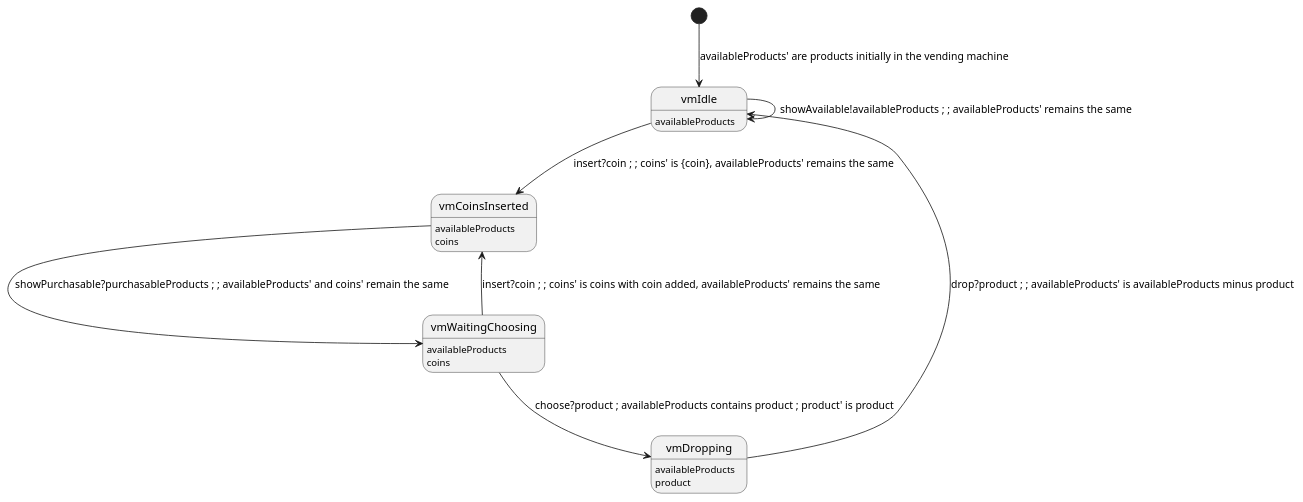
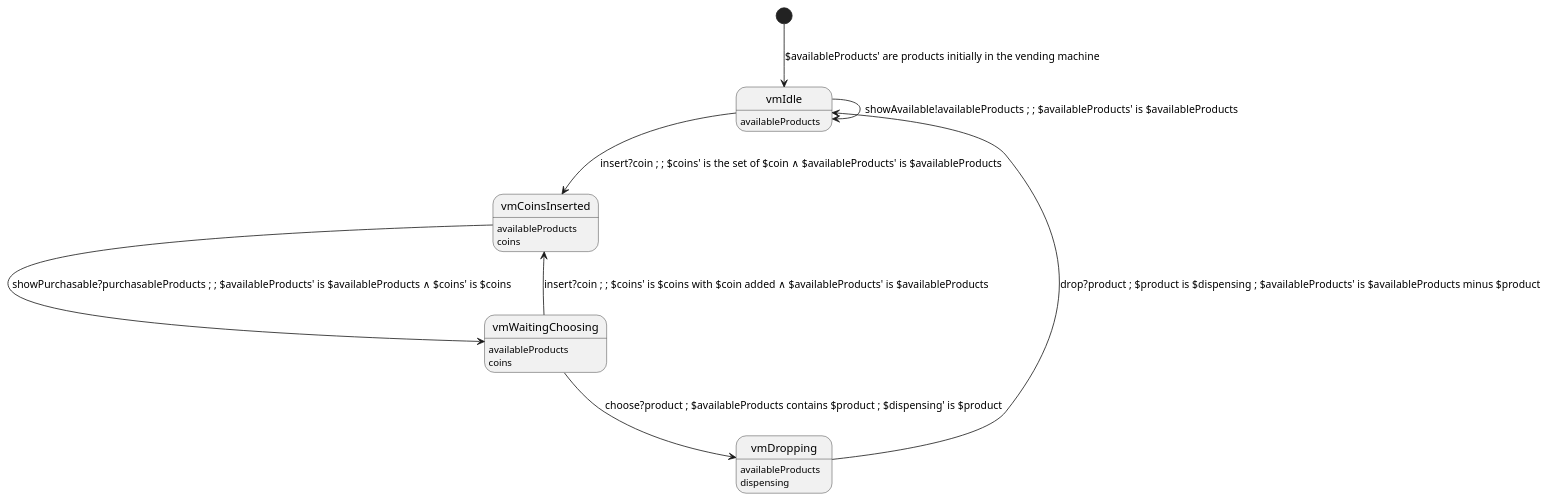
Before and after one commit to Kuniwak/puml-parallel: the diagram in examples/valid/vending_machine.puml, drawn with PlantUML. The commit also changed 4 other files, not shown here.

First line of the commit message:
Behavioral: Write the vending machine example in the clause syntax

```diff
--- a/examples/valid/vending_machine.puml
+++ b/examples/valid/vending_machine.puml
@@ -1,23 +1,23 @@
 @startuml
 
 state "vmIdle" as vmIdle
 vmIdle: availableProducts
 state "vmCoinsInserted" as vmCoinsInserted
 vmCoinsInserted: availableProducts
 vmCoinsInserted: coins
 state "vmWaitingChoosing" as vmWaitingChoosing
 vmWaitingChoosing: availableProducts
 vmWaitingChoosing: coins
 state "vmDropping" as vmDropping
 vmDropping: availableProducts
-vmDropping: product
+vmDropping: dispensing
 
-[*] --> vmIdle : availableProducts' are products initially in the vending machine
-vmIdle --> vmIdle : showAvailable!availableProducts ; ; availableProducts' remains the same
-vmIdle --> vmCoinsInserted : insert?coin ; ; coins' is {coin}, availableProducts' remains the same
-vmCoinsInserted --> vmWaitingChoosing : showPurchasable?purchasableProducts ; ; availableProducts' and coins' remain the same
-vmWaitingChoosing --> vmCoinsInserted : insert?coin ; ; coins' is coins with coin added, availableProducts' remains the same
-vmWaitingChoosing --> vmDropping : choose?product ; availableProducts contains product ; product' is product
-vmDropping --> vmIdle : drop?product ; ; availableProducts' is availableProducts minus product
+[*] --> vmIdle : $availableProducts' are products initially in the vending machine
+vmIdle --> vmIdle : showAvailable!availableProducts ; ; $availableProducts' is $availableProducts
+vmIdle --> vmCoinsInserted : insert?coin ; ; $coins' is the set of $coin ∧ $availableProducts' is $availableProducts
+vmCoinsInserted --> vmWaitingChoosing : showPurchasable?purchasableProducts ; ; $availableProducts' is $availableProducts ∧ $coins' is $coins
+vmWaitingChoosing --> vmCoinsInserted : insert?coin ; ; $coins' is $coins with $coin added ∧ $availableProducts' is $availableProducts
+vmWaitingChoosing --> vmDropping : choose?product ; $availableProducts contains $product ; $dispensing' is $product
+vmDropping --> vmIdle : drop?product ; $product is $dispensing ; $availableProducts' is $availableProducts minus $product
 
 @enduml
```
